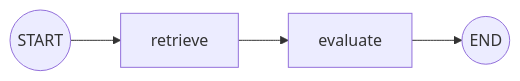
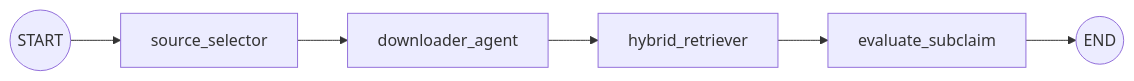
One commit to davidedm26/med-fact-check changed the second of 2 diagrams in docs/architecture_report.md. Above: the diagram before and after it, drawn with Mermaid. The commit also changed other lines of this file and 6 other files, not shown here.

Commit message:
docs: add detailed architectural and team-specific reports for the fact-checking pipeline

````diff
--- a/docs/architecture_report.md
+++ b/docs/architecture_report.md
@@ -48,6 +48,8 @@
   ```mermaid
   graph LR
-      Start((START)) --> Retrieve[retrieve]
-      Retrieve --> Evaluate[evaluate]
+      Start((START)) --> SourceSelector[source_selector]
+      SourceSelector --> Downloader[downloader_agent]
+      Downloader --> HybridRetriever[hybrid_retriever]
+      HybridRetriever --> Evaluate[evaluate_subclaim]
       Evaluate --> End((END))
   ```
````
